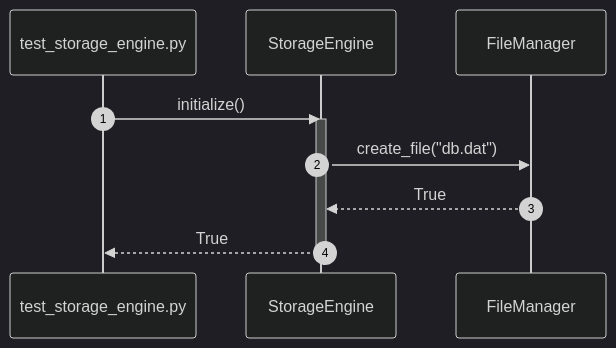
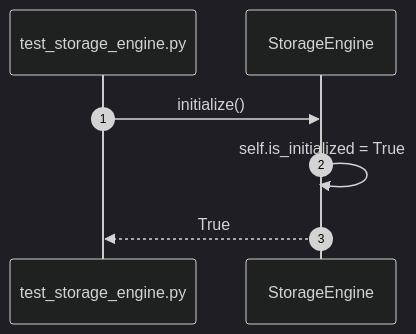
One commit to taitran501/DBMS changed diagram 53 of 56 in diagrams/sequence/storage_engine.md. Above: the diagram before and after it, drawn with Mermaid (dark theme). The commit also changed other lines of this file and 5 other files, not shown here.

````diff
--- a/diagrams/sequence/storage_engine.md
+++ b/diagrams/sequence/storage_engine.md
@@ -870,14 +870,10 @@
 ```mermaid
 sequenceDiagram
     autonumber
     participant Test as test_storage_engine.py
     participant SUT as StorageEngine
-    participant FileManager as FileManager
 
     Test->>SUT: initialize()
-    activate SUT
-    SUT->>FileManager: create_file("db.dat")
-    FileManager-->>SUT: True
+    SUT->>SUT: self.is_initialized = True
     SUT-->>Test: True
-    deactivate SUT
 ```
````
